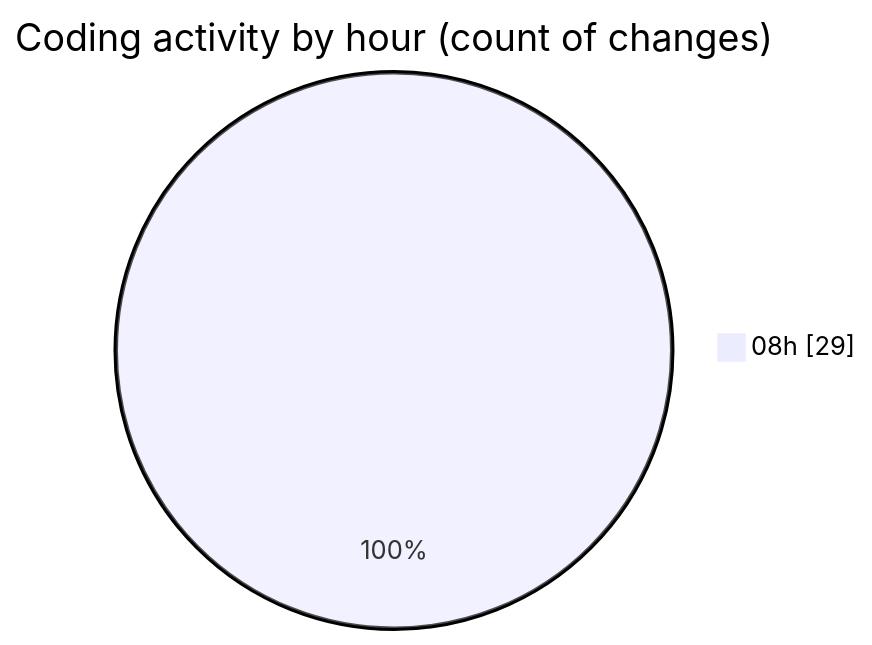
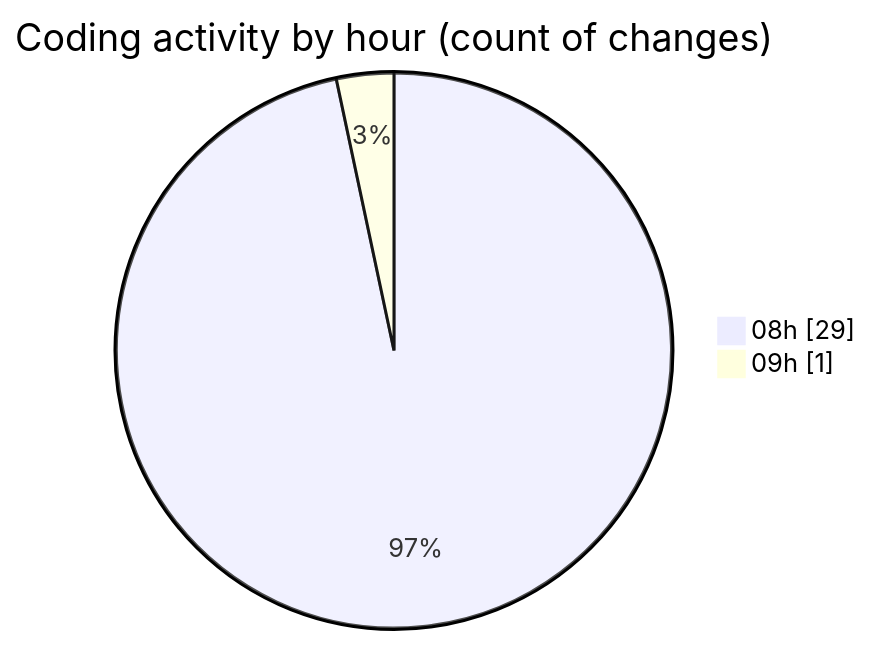
One commit to MatusMokan/code-tracking changed the second of 2 diagrams in 2025-04-20/myws__workspace_/README.md. Above: the diagram before and after it, drawn with Mermaid. The commit also changed other lines of this file and 1 other file, not shown here.

````diff
--- a/2025-04-20/myws__workspace_/README.md
+++ b/2025-04-20/myws__workspace_/README.md
@@ -28,5 +28,6 @@
 ```mermaid
 pie showData
 title Coding activity by hour (count of changes)
 "08h" : 29
+"09h" : 1
 ```
````
